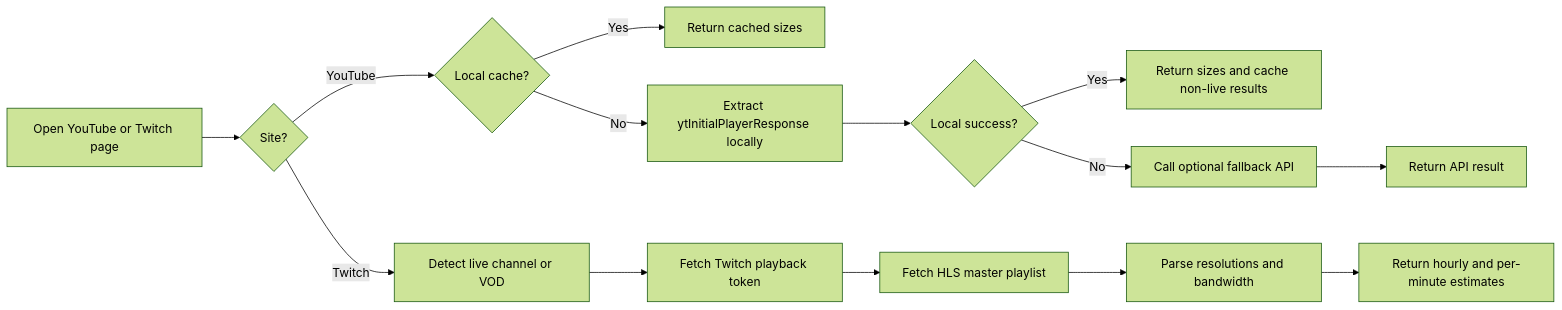
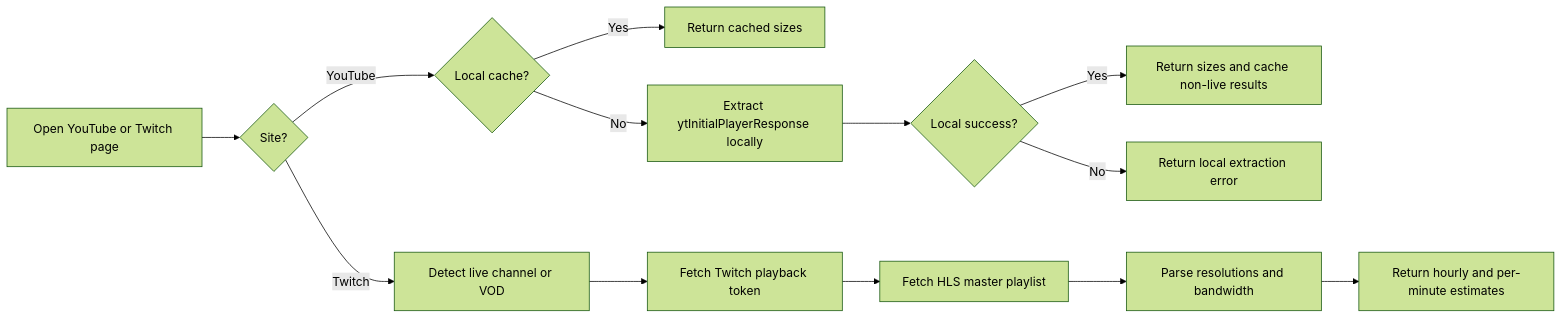
One commit to MohamedSayed0573/TubeSize_Extension changed the diagram in README.md. Above: the diagram before and after it, drawn with Mermaid (forest theme). The commit also changed other lines of this file and 8 other files, not shown here.

````diff
--- a/README.md
+++ b/README.md
@@ -81,16 +81,15 @@
 ```mermaid
 flowchart LR
     A[Open YouTube or Twitch page] --> B{Site?}
     B -->|YouTube| C{Local cache?}
     C -->|Yes| D[Return cached sizes]
     C -->|No| E[Extract ytInitialPlayerResponse locally]
     E --> F{Local success?}
     F -->|Yes| G[Return sizes and cache non-live results]
-    F -->|No| H[Call optional fallback API]
-    H --> I[Return API result]
+    F -->|No| H[Return local extraction error]
     B -->|Twitch| J[Detect live channel or VOD]
     J --> K[Fetch Twitch playback token]
     K --> L[Fetch HLS master playlist]
     L --> M[Parse resolutions and bandwidth]
     M --> N[Return hourly and per-minute estimates]
 ```
````
